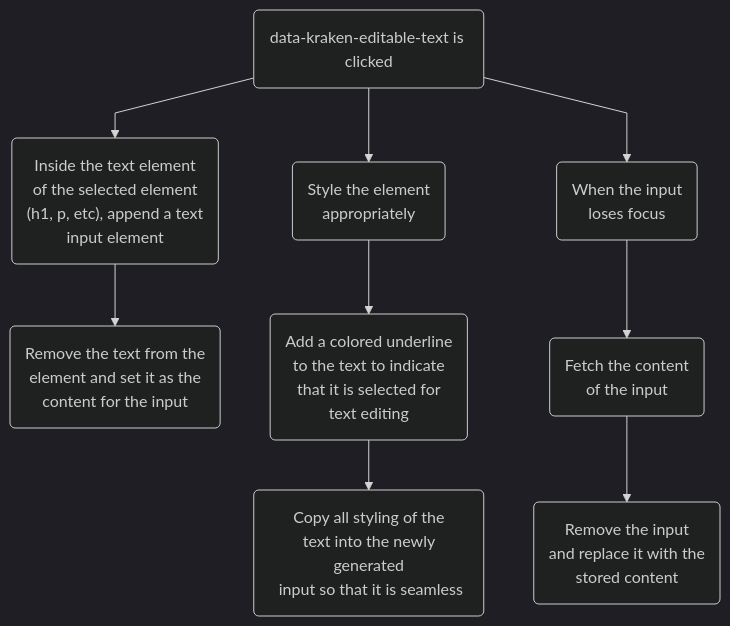
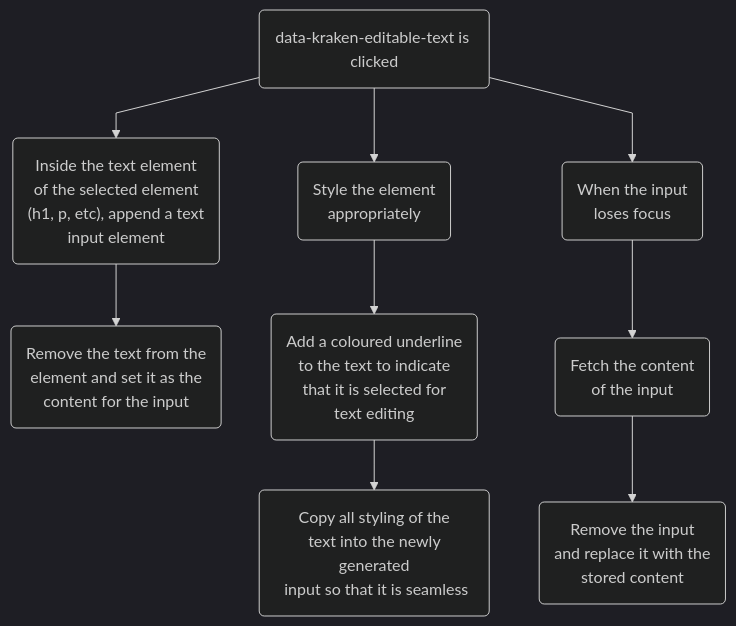
The tenth of 18 diagrams in README.md (tomgxz/Kraken), drawn with Mermaid before and after one commit. The commit also changed other lines of this file, not shown here.

First line of the commit message:
Rewriting a lot of the text

````diff
--- a/README.md
+++ b/README.md
@@ -572,9 +572,9 @@
 ```mermaid
 %%{init: {'theme':'dark', 'flowchart': {'curve': 'linear'},'themeVariables':{'fontFamily':'Lexend,Noto Sans,Helvetica,Arial'}}}%%
 
 graph TD
   A(data-kraken-editable-text is clicked) --> B("Style the element\n appropriately") & E("Inside the text element\n of the selected element\n (h1, p, etc), append a text\n input element") & G("When the input\n loses focus")
   E --> F("Remove the text from the\n element and set it as the\n content for the input")
-  B --> C("Add a colored underline\n to the text to indicate\n that it is selected for\n text editing") --> D("Copy all styling of the\n text into the newly generated\n input so that it is seamless")
+  B --> C("Add a coloured underline\n to the text to indicate\n that it is selected for\n text editing") --> D("Copy all styling of the\n text into the newly generated\n input so that it is seamless")
   G --> H("Fetch the content\n of the input") --> I("Remove the input\n and replace it with the\n stored content")
 ```
````
